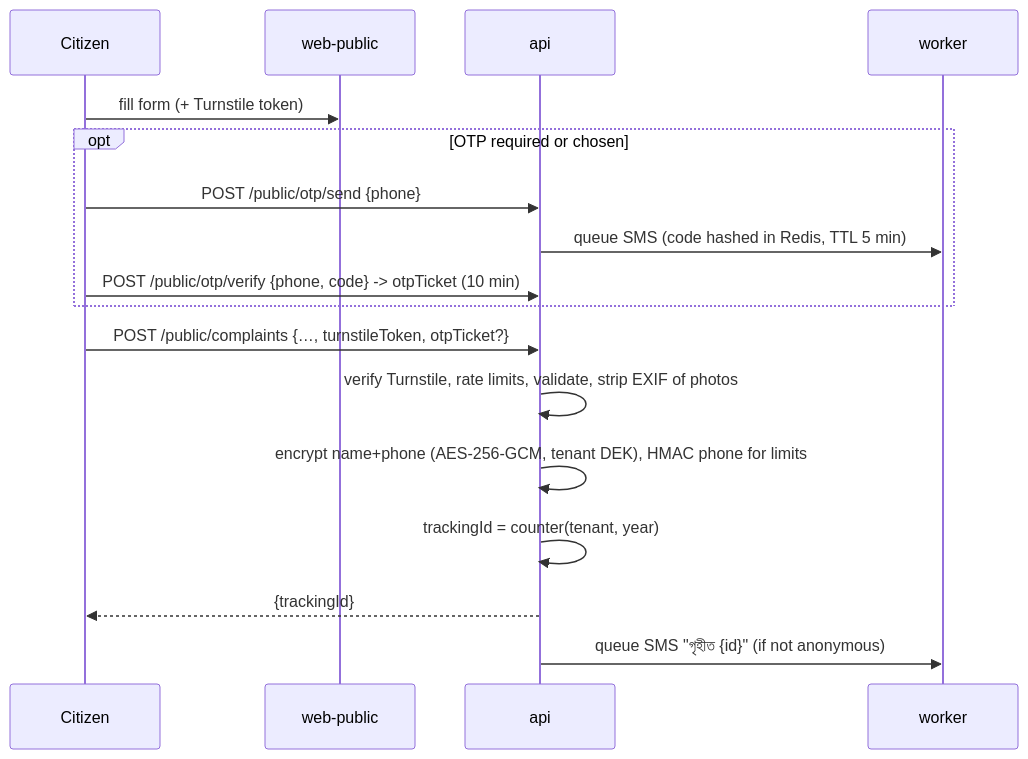
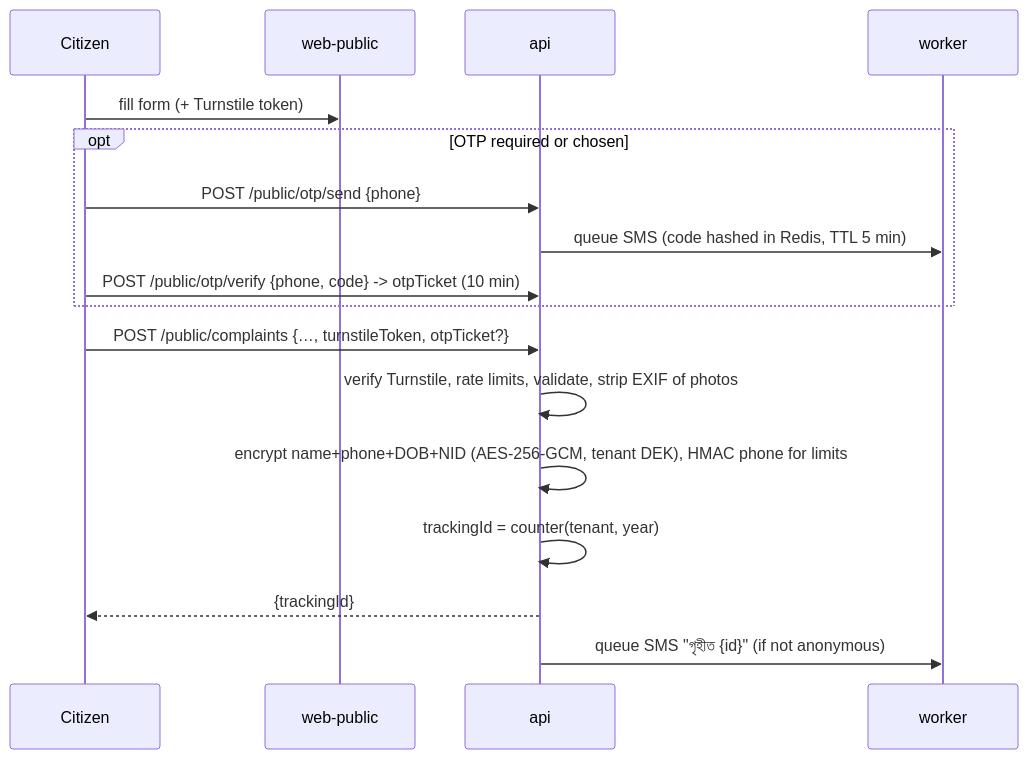
Before and after one commit to mdfrhd101/jonoprotinidhi: the third of 3 diagrams in HANDOFF_BUNDLE.md, drawn with Mermaid. The commit also changed other lines of this file and 38 other files, not shown here.

Commit message:
Complaints: require name, phone, date of birth and NID (encrypted); anonymous public complaints removed (ADR-0009)

````diff
--- a/HANDOFF_BUNDLE.md
+++ b/HANDOFF_BUNDLE.md
@@ -922,19 +924,19 @@
 ```mermaid
 sequenceDiagram
   participant C as Citizen
   participant P as web-public
   participant A as api
   participant W as worker
   C->>P: fill form (+ Turnstile token)
   opt OTP required or chosen
     C->>A: POST /public/otp/send {phone}
     A->>W: queue SMS (code hashed in Redis, TTL 5 min)
     C->>A: POST /public/otp/verify {phone, code} -> otpTicket (10 min)
   end
   C->>A: POST /public/complaints {…, turnstileToken, otpTicket?}
   A->>A: verify Turnstile, rate limits, validate, strip EXIF of photos
-  A->>A: encrypt name+phone (AES-256-GCM, tenant DEK), HMAC phone for limits
+  A->>A: encrypt name+phone+DOB+NID (AES-256-GCM, tenant DEK), HMAC phone for limits
   A->>A: trackingId = counter(tenant, year)
   A-->>C: {trackingId}
   A->>W: queue SMS "গৃহীত {id}" (if not anonymous)
 ```
````
